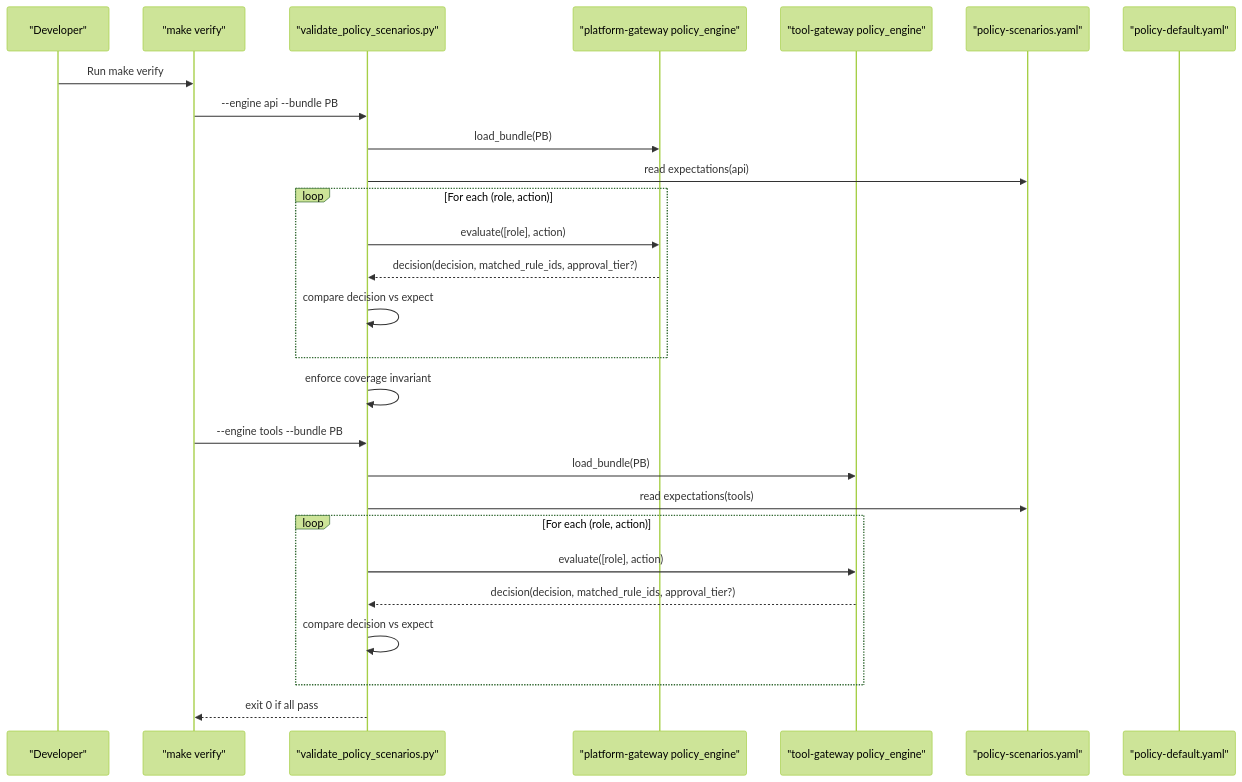
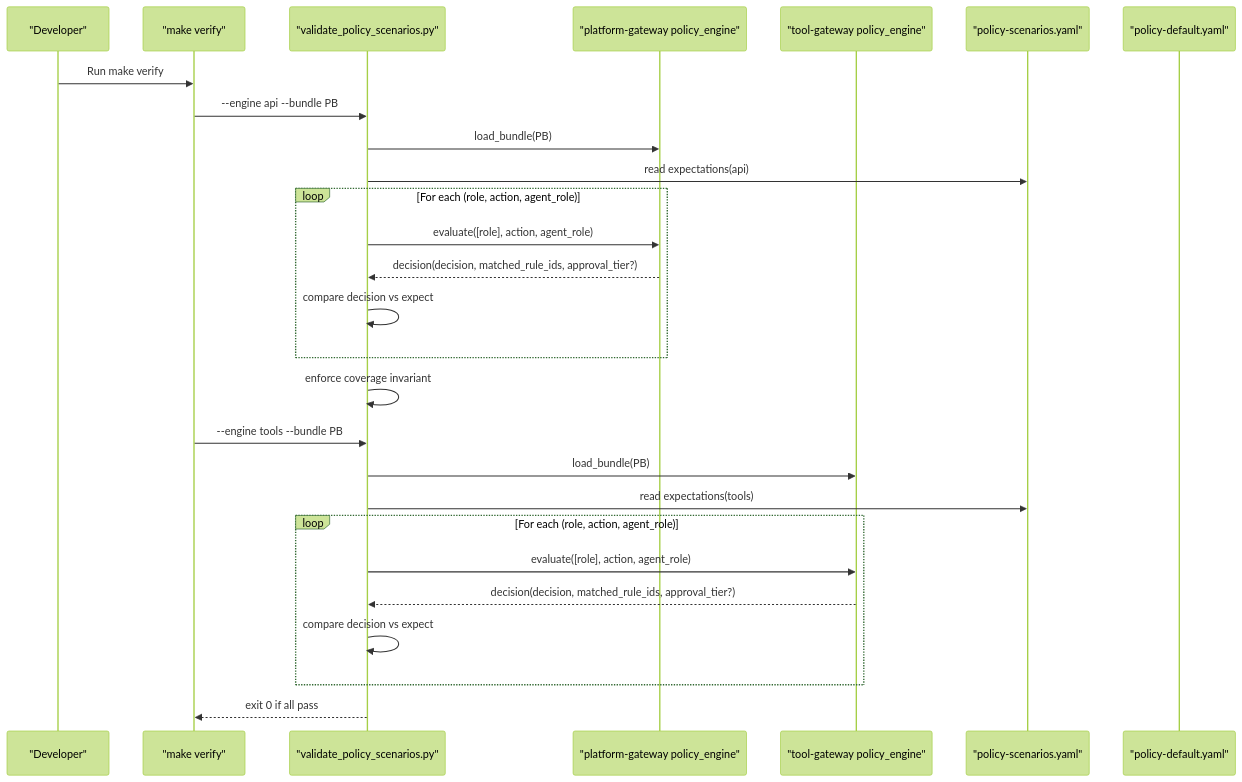
Before and after one commit to metasync/luban-aiops: the second of 4 diagrams in .qoder/repowiki/en/content/Security and Authorization/Authorization Policies/Policy Testing and Scenarios.md, drawn with Mermaid (forest theme). The commit also changed other lines of this file and 128 other files, not shown here.

````diff
--- a/.qoder/repowiki/en/content/Security and Authorization/Authorization Policies/Policy Testing and Scenarios.md
+++ b/.qoder/repowiki/en/content/Security and Authorization/Authorization Policies/Policy Testing and Scenarios.md
@@ -80,29 +96,29 @@
 ```mermaid
 sequenceDiagram
 participant Dev as "Developer"
 participant MK as "make verify"
 participant VP as "validate_policy_scenarios.py"
 participant PE_API as "platform-gateway policy_engine"
 participant PE_TOOLS as "tool-gateway policy_engine"
 participant SC as "policy-scenarios.yaml"
 participant PB as "policy-default.yaml"
 Dev->>MK : Run make verify
 MK->>VP : --engine api --bundle PB
 VP->>PE_API : load_bundle(PB)
 VP->>SC : read expectations(api)
-loop For each (role, action)
-VP->>PE_API : evaluate([role], action)
+loop For each (role, action, agent_role)
+VP->>PE_API : evaluate([role], action, agent_role)
 PE_API-->>VP : decision(decision, matched_rule_ids, approval_tier?)
 VP->>VP : compare decision vs expect
 end
 VP->>VP : enforce coverage invariant
 MK->>VP : --engine tools --bundle PB
 VP->>PE_TOOLS : load_bundle(PB)
 VP->>SC : read expectations(tools)
-loop For each (role, action)
-VP->>PE_TOOLS : evaluate([role], action)
+loop For each (role, action, agent_role)
+VP->>PE_TOOLS : evaluate([role], action, agent_role)
 PE_TOOLS-->>VP : decision(decision, matched_rule_ids, approval_tier?)
 VP->>VP : compare decision vs expect
 end
 VP-->>MK : exit 0 if all pass
 ```
````
